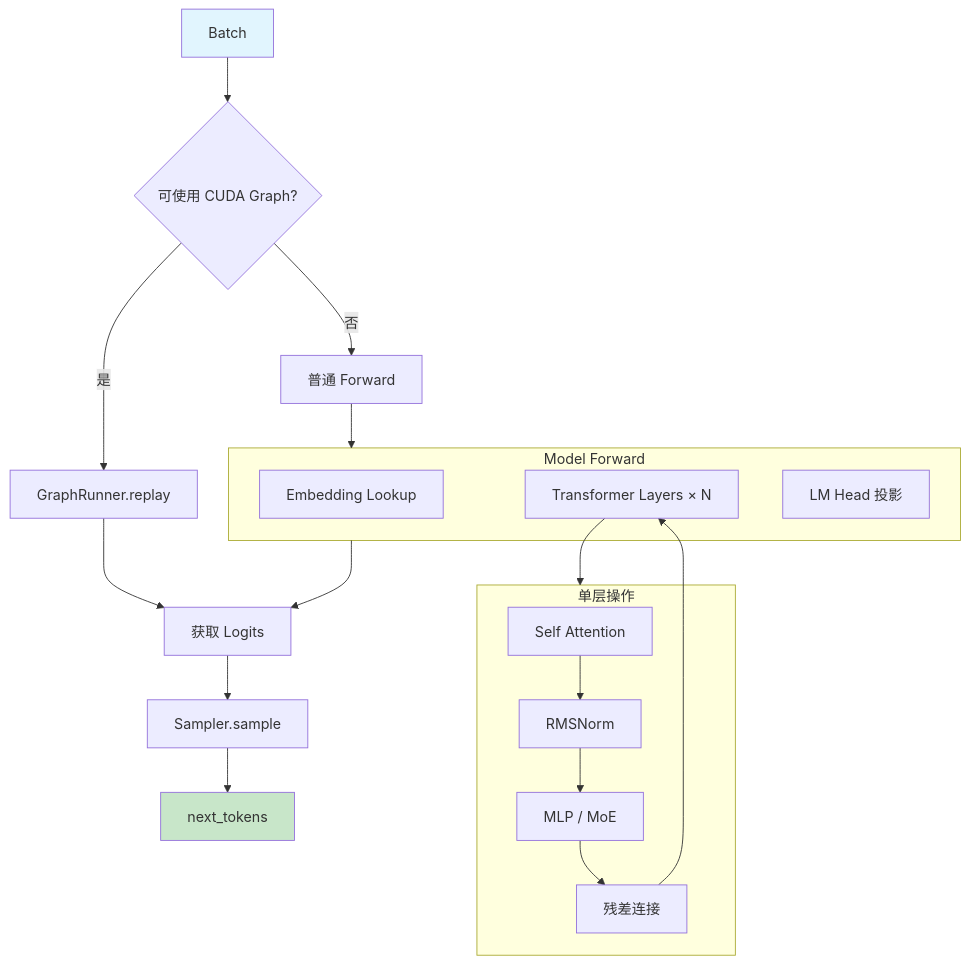
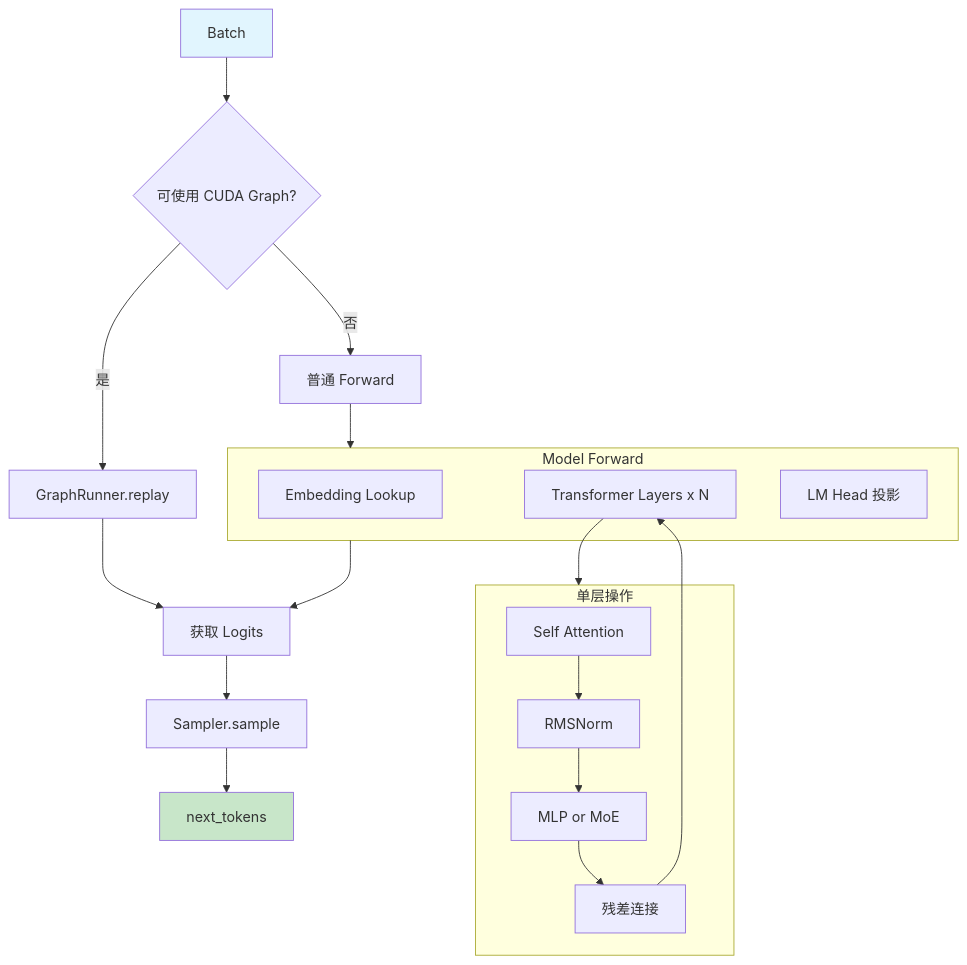
One commit to ArronHZG/mini-sglang changed diagram 12 of 31 in docs/mini-sglang-learning-guide.md. Above: the diagram before and after it, drawn with Mermaid. The commit also changed other lines of this file, not shown here.

````diff
--- a/docs/mini-sglang-learning-guide.md
+++ b/docs/mini-sglang-learning-guide.md
@@ -482,34 +488,34 @@
 ```mermaid
 flowchart TD
     BATCH[Batch] --> CHECK{"可使用 CUDA Graph?"}
     CHECK -->|是| CG[GraphRunner.replay]
     CHECK -->|否| NORMAL[普通 Forward]
 
-subgraph Forward["Model Forward"]
-EMB[Embedding Lookup]
-LAYERS[Transformer Layers × N]
-HEAD[LM Head 投影]
-end
+    subgraph Forward["Model Forward"]
+        EMB[Embedding Lookup]
+        LAYERS[Transformer Layers x N]
+        HEAD[LM Head 投影]
+    end
 
-subgraph LayerOps["单层操作"]
-ATTN[Self Attention]
-NORM[RMSNorm]
-MLP[MLP / MoE]
-RES[残差连接]
-end
+    subgraph LayerOps["单层操作"]
+        ATTN[Self Attention]
+        NORM[RMSNorm]
+        MLP[MLP or MoE]
+        RES[残差连接]
+    end
 
-NORMAL --> Forward
-CG --> LOGITS[获取 Logits]
-Forward --> LOGITS
-LOGITS --> SAMPLE[Sampler.sample]
-SAMPLE --> NEXT[next_tokens]
+    NORMAL --> Forward
+    CG --> LOGITS[获取 Logits]
+    Forward --> LOGITS
+    LOGITS --> SAMPLE[Sampler.sample]
+    SAMPLE --> NEXT[next_tokens]
 
-LAYERS --> LayerOps
-ATTN --> NORM
-NORM --> MLP
-MLP --> RES
-RES --> LAYERS
+    LAYERS --> LayerOps
+    ATTN --> NORM
+    NORM --> MLP
+    MLP --> RES
+    RES --> LAYERS
 
-style BATCH fill: #e1f5fe
-style NEXT fill: #c8e6c9
+    style BATCH fill: #e1f5fe
+    style NEXT fill: #c8e6c9
 ```
````
